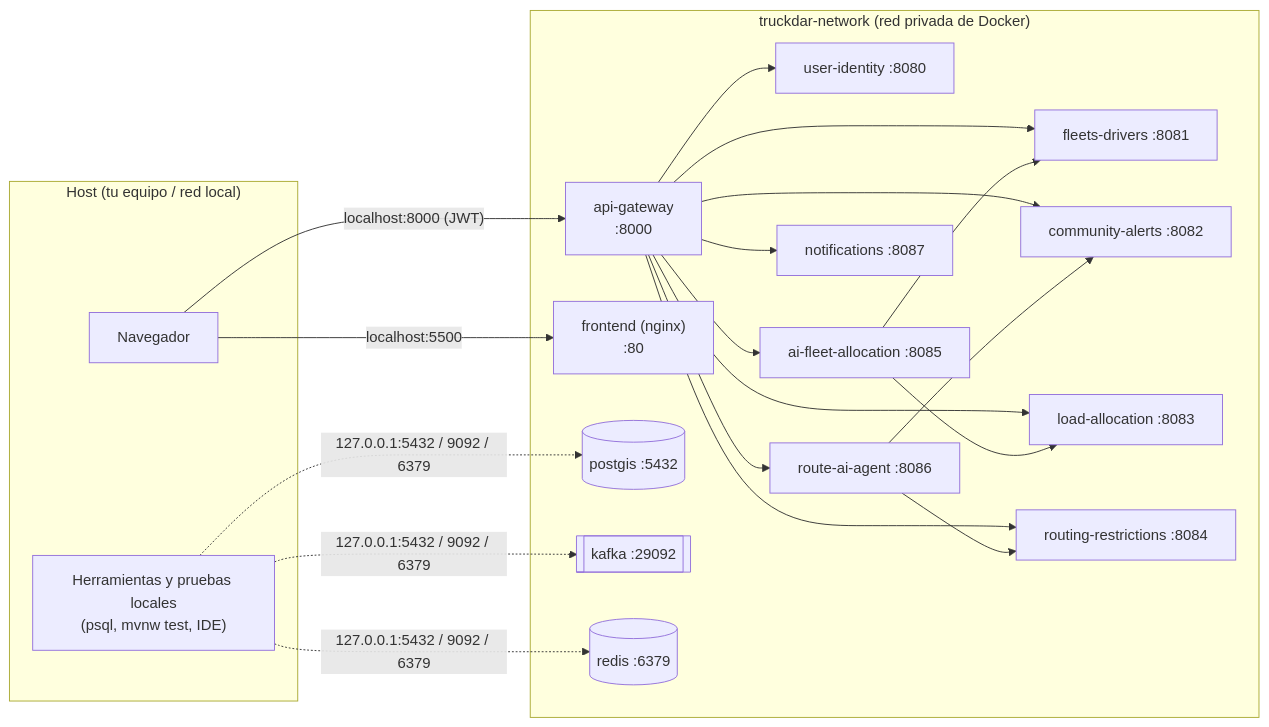
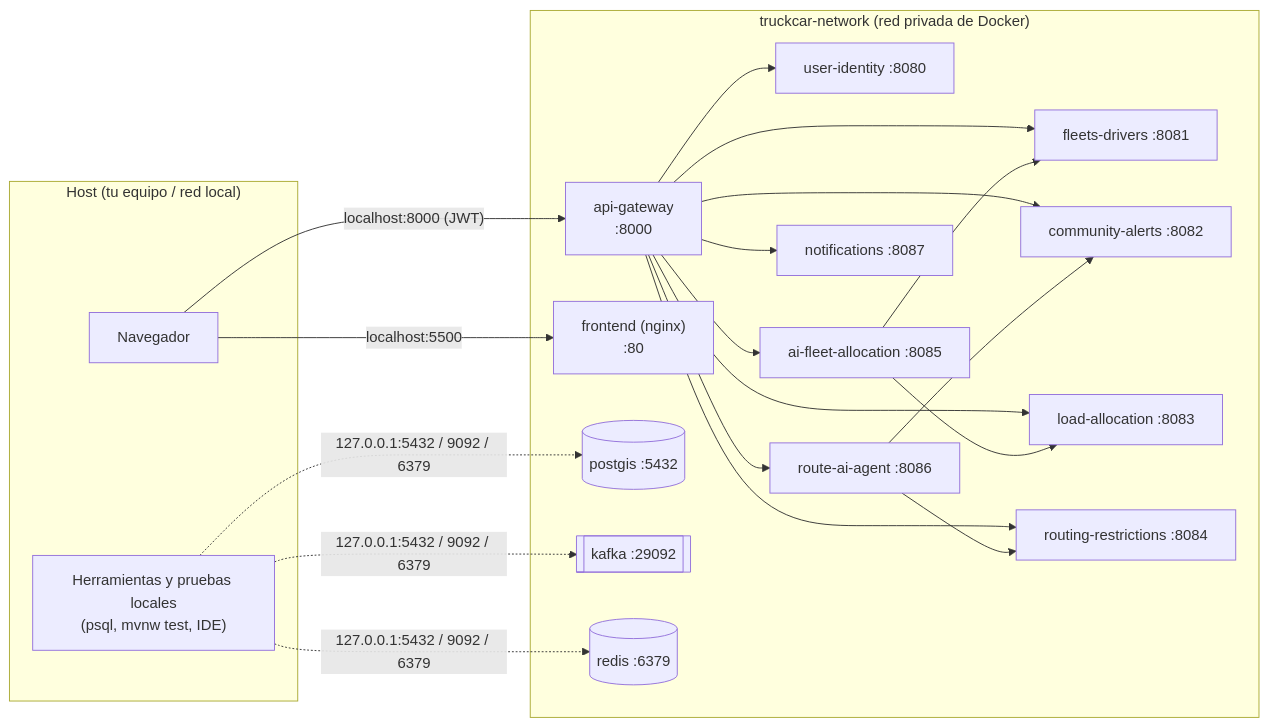
One commit to TRUCKCAR-APP/Deployment-Infrastructure changed the diagram in README.md. Above: the diagram before and after it, drawn with Mermaid. The commit also changed other lines of this file and 10 other files, not shown here.

````diff
--- a/README.md
+++ b/README.md
@@ -9,30 +9,30 @@
 ```mermaid
 flowchart LR
     subgraph host["Host (tu equipo / red local)"]
         browser["Navegador"]
         tools["Herramientas y pruebas locales<br/>(psql, mvnw test, IDE)"]
     end
 
-    subgraph net["truckdar-network (red privada de Docker)"]
+    subgraph net["truckcar-network (red privada de Docker)"]
         gw["api-gateway<br/>:8000"]
         fe["frontend (nginx)<br/>:80"]
         ui["user-identity :8080"]
         fd["fleets-drivers :8081"]
         ca["community-alerts :8082"]
         la["load-allocation :8083"]
         rr["routing-restrictions :8084"]
         ai["ai-fleet-allocation :8085"]
         ra["route-ai-agent :8086"]
         nt["notifications :8087"]
         pg[("postgis :5432")]
         kf[["kafka :29092"]]
         rd[("redis :6379")]
     end
 
     browser -- "localhost:5500" --> fe
     browser -- "localhost:8000 (JWT)" --> gw
     gw --> ui & fd & ca & la & rr & ai & ra & nt
     ai --> la & fd
     ra --> ca & rr
     tools -. "127.0.0.1:5432 / 9092 / 6379" .-> pg & kf & rd
 ```
````
